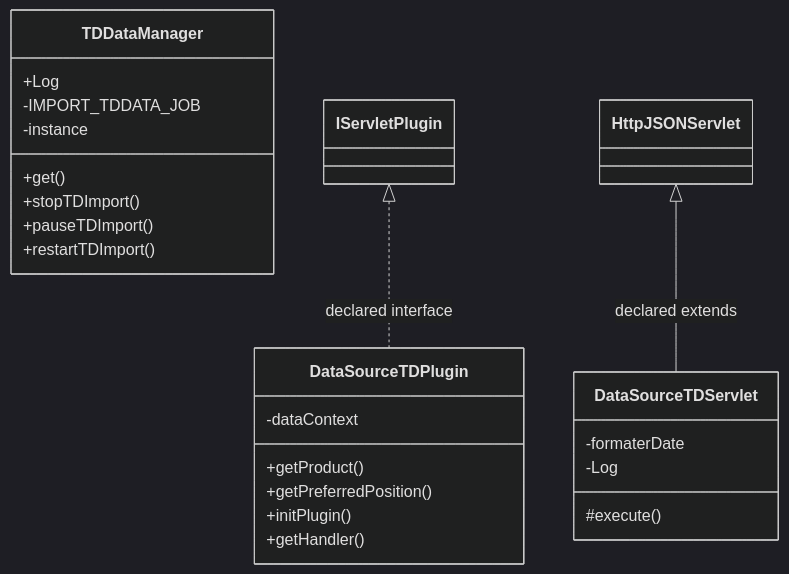
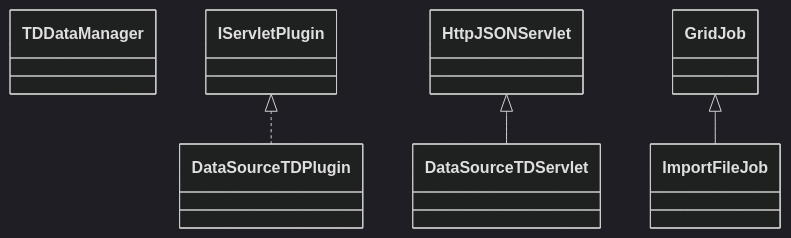
Before and after one commit to haruperi/HaruQuantAI: the diagram in docs/sqx/DataManager/DataSourceTD.md, drawn with Mermaid (dark theme). The commit also changed other lines of this file and 1688 other files, not shown here.

````diff
--- a/docs/sqx/DataManager/DataSourceTD.md
+++ b/docs/sqx/DataManager/DataSourceTD.md
@@ -30,28 +26,13 @@
 ```mermaid
 classDiagram
-    class C4d70948193d1["DataSourceTDPlugin"] {
-        -dataContext
-        +getProduct()
-        +getPreferredPosition()
-        +initPlugin()
-        +getHandler()
-    }
-    class C871e7009ad8f["DataSourceTDServlet"] {
-        -formaterDate
-        -Log
-        #execute()
-    }
-    class C8b43bce9f96e["TDDataManager"] {
-        +Log
-        -IMPORT_TDDATA_JOB
-        -instance
-        +get()
-        +stopTDImport()
-        +pauseTDImport()
-        +restartTDImport()
-    }
-    class C249b5c671b1a["IServletPlugin"]
-    class C8900f90ae594["HttpJSONServlet"]
-    C249b5c671b1a <|.. C4d70948193d1 : declared interface
-    C8900f90ae594 <|-- C871e7009ad8f : declared extends
+    class C0["DataSourceTDPlugin"]
+    class C1["DataSourceTDServlet"]
+    class C2["TDDataManager"]
+    class C3["ImportFileJob"]
+    class E0["IServletPlugin"]
+    E0 <|.. C0
+    class E1["HttpJSONServlet"]
+    E1 <|-- C1
+    class E2["GridJob"]
+    E2 <|-- C3
 ```
````
